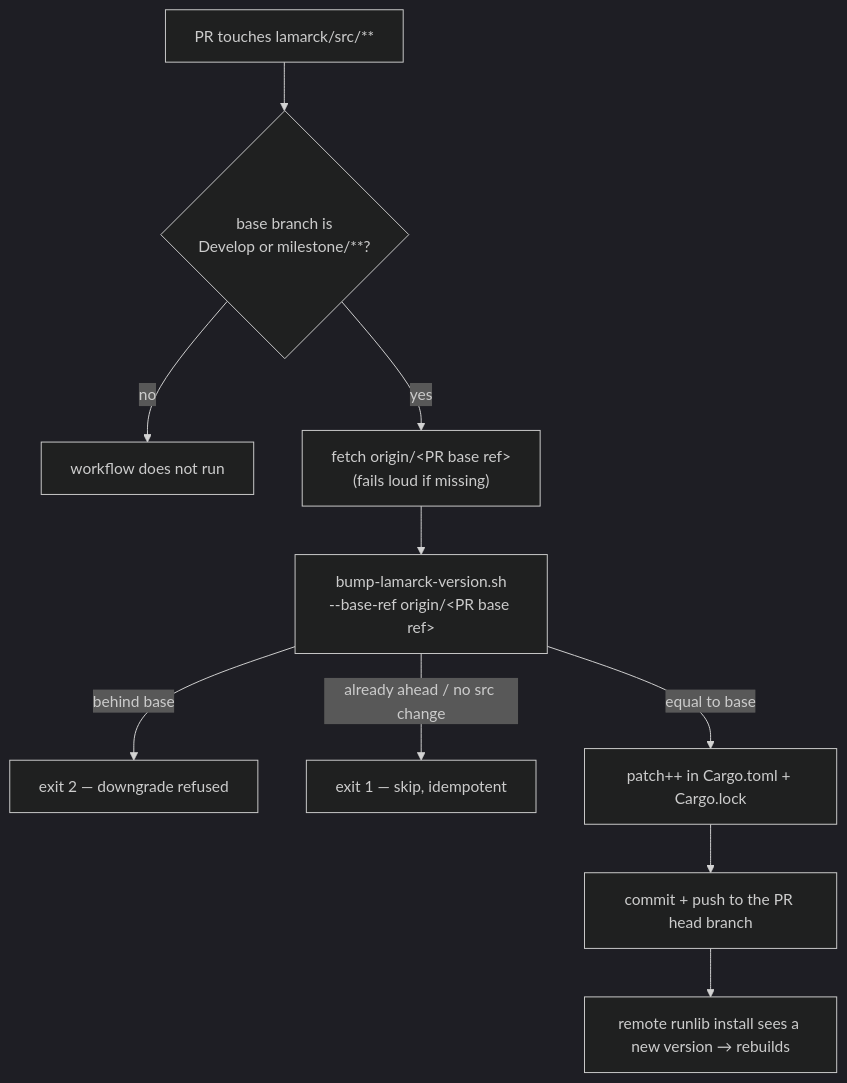
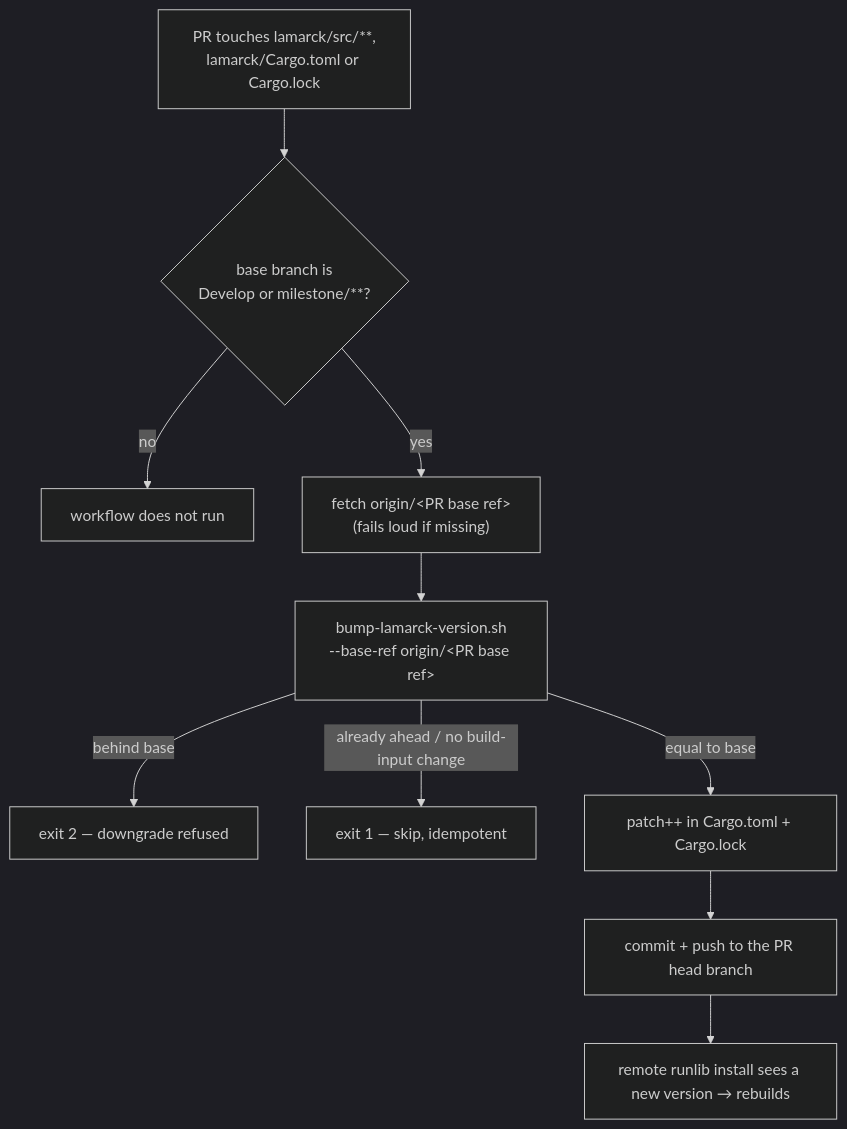
Diagram 25 of 25 in README.md (stSoftwareAU/NEAT-AI-Lamarck), drawn with Mermaid (dark theme) before and after one commit. The commit also changed other lines of this file and 29 other files, not shown here.

````diff
--- a/README.md
+++ b/README.md
@@ -2451,12 +2476,12 @@
 ```mermaid
 flowchart TD
-    PR["PR touches lamarck/src/**"] --> Filter{"base branch is<br/>Develop or milestone/**?"}
+    PR["PR touches lamarck/src/**,<br/>lamarck/Cargo.toml or Cargo.lock"] --> Filter{"base branch is<br/>Develop or milestone/**?"}
     Filter -->|no| Skip["workflow does not run"]
     Filter -->|yes| Fetch["fetch origin/&lt;PR base ref&gt;<br/>(fails loud if missing)"]
     Fetch --> Bump["bump-lamarck-version.sh<br/>--base-ref origin/&lt;PR base ref&gt;"]
     Bump -->|behind base| Fail["exit 2 — downgrade refused"]
-    Bump -->|already ahead / no src change| Noop["exit 1 — skip, idempotent"]
+    Bump -->|already ahead / no build-input change| Noop["exit 1 — skip, idempotent"]
     Bump -->|equal to base| Patch["patch++ in Cargo.toml + Cargo.lock"]
     Patch --> Push["commit + push to the PR head branch"]
     Push --> Remote["remote runlib install sees a new version → rebuilds"]
 ```
````
